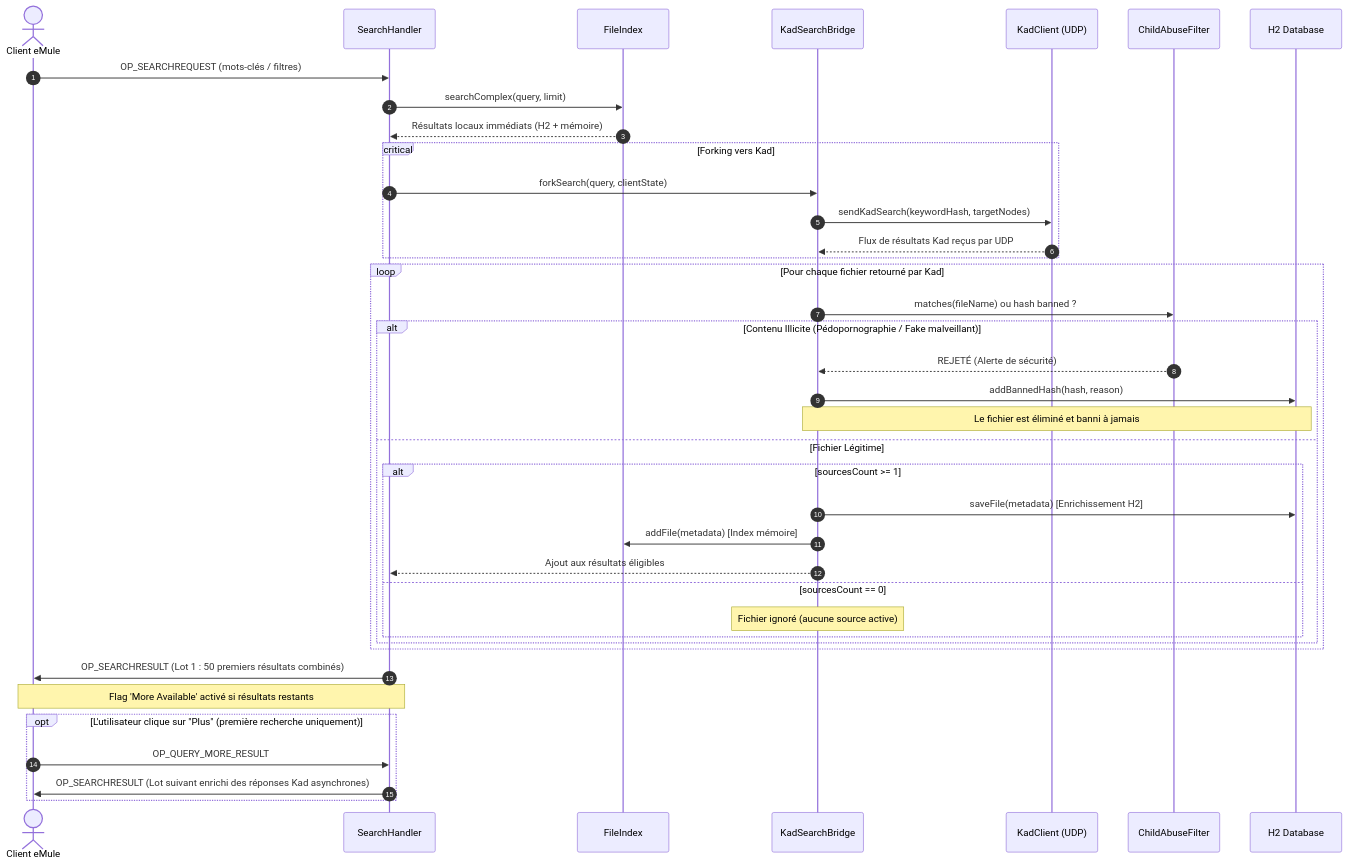
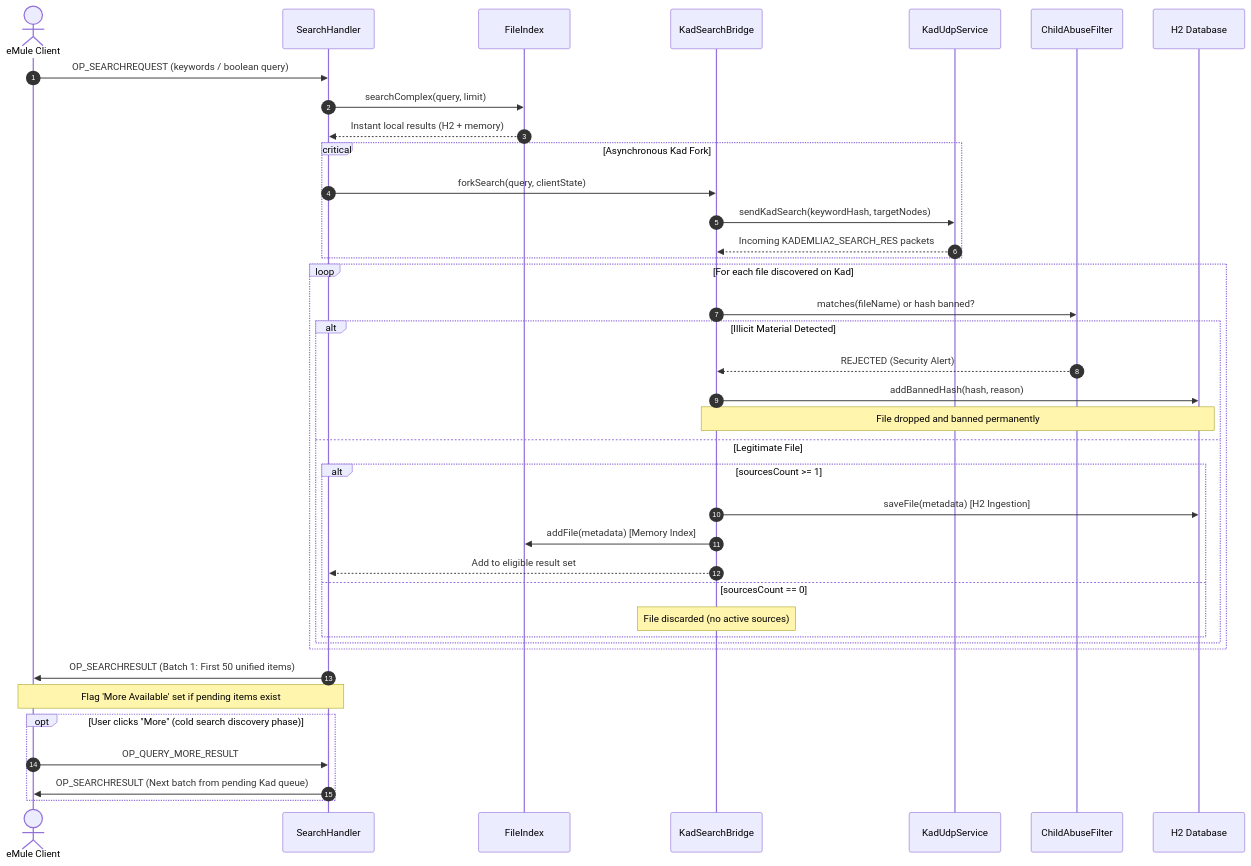
One commit to dagga/JEmuleServer changed the second of 3 diagrams in SFD_1.2.md. Above: the diagram before and after it, drawn with Mermaid. The commit also changed other lines of this file, not shown here.

````diff
--- a/SFD_1.2.md
+++ b/SFD_1.2.md
@@ -141,46 +140,46 @@
 ```mermaid
 sequenceDiagram
     autonumber
-    actor Client as Client eMule
+    actor Client as eMule Client
     participant SH as SearchHandler
     participant FI as FileIndex
     participant KB as KadSearchBridge
-    participant KC as KadClient (UDP)
+    participant UDP as KadUdpService
     participant CAF as ChildAbuseFilter
     participant DB as H2 Database
 
-    Client->>SH: OP_SEARCHREQUEST (mots-clés / filtres)
+    Client->>SH: OP_SEARCHREQUEST (keywords / boolean query)
     SH->>FI: searchComplex(query, limit)
-    FI-->>SH: Résultats locaux immédiats (H2 + mémoire)
+    FI-->>SH: Instant local results (H2 + memory)
     
-    critical Forking vers Kad
+    critical Asynchronous Kad Fork
         SH->>KB: forkSearch(query, clientState)
-        KB->>KC: sendKadSearch(keywordHash, targetNodes)
-        KC-->>KB: Flux de résultats Kad reçus par UDP
+        KB->>UDP: sendKadSearch(keywordHash, targetNodes)
+        UDP-->>KB: Incoming KADEMLIA2_SEARCH_RES packets
     end
 
-    loop Pour chaque fichier retourné par Kad
-        KB->>CAF: matches(fileName) ou hash banned ?
-        alt Contenu Illicite (Pédopornographie / Fake malveillant)
-            CAF-->>KB: REJETÉ (Alerte de sécurité)
+    loop For each file discovered on Kad
+        KB->>CAF: matches(fileName) or hash banned?
+        alt Illicit Material Detected
+            CAF-->>KB: REJECTED (Security Alert)
             KB->>DB: addBannedHash(hash, reason)
-            Note over KB,DB: Le fichier est éliminé et banni à jamais
-        else Fichier Légitime
+            Note over KB,DB: File dropped and banned permanently
+        else Legitimate File
             alt sourcesCount >= 1
-                KB->>DB: saveFile(metadata) [Enrichissement H2]
-                KB->>FI: addFile(metadata) [Index mémoire]
-                KB-->>SH: Ajout aux résultats éligibles
+                KB->>DB: saveFile(metadata) [H2 Ingestion]
+                KB->>FI: addFile(metadata) [Memory Index]
+                KB-->>SH: Add to eligible result set
             else sourcesCount == 0
-                Note over KB: Fichier ignoré (aucune source active)
+                Note over KB: File discarded (no active sources)
             end
         end
     end
 
-    SH->>Client: OP_SEARCHRESULT (Lot 1 : 50 premiers résultats combinés)
-    Note over SH,Client: Flag 'More Available' activé si résultats restants
+    SH->>Client: OP_SEARCHRESULT (Batch 1: First 50 unified items)
+    Note over SH,Client: Flag 'More Available' set if pending items exist
 
-    opt L'utilisateur clique sur "Plus" (première recherche uniquement)
+    opt User clicks "More" (cold search discovery phase)
         Client->>SH: OP_QUERY_MORE_RESULT
-        SH->>Client: OP_SEARCHRESULT (Lot suivant enrichi des réponses Kad asynchrones)
+        SH->>Client: OP_SEARCHRESULT (Next batch from pending Kad queue)
     end
 ```
````
